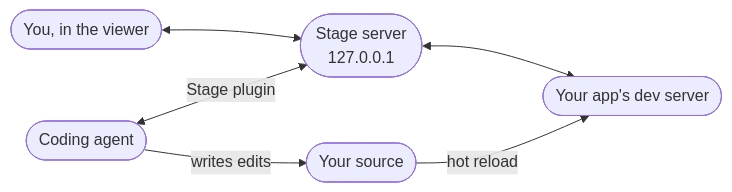
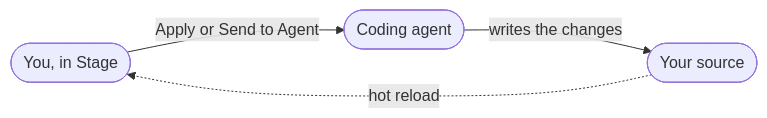
Before and after one commit to playcanvas/developer-site: the diagram in docs/user-manual/stage/index.md, drawn with Mermaid.

Commit message:
docs: simplify the Stage overview diagram

````diff
--- a/docs/user-manual/stage/index.md
+++ b/docs/user-manual/stage/index.md
@@ -68,8 +68,6 @@
 ```mermaid
 flowchart LR
-    you([You, in the viewer]) <--> stage([Stage server<br/>127.0.0.1])
-    agent([Coding agent]) <-->|Stage plugin| stage
-    stage <--> dev([Your app's dev server])
-    agent -->|writes edits| source([Your source])
-    source -->|hot reload| dev
+    you([You, in Stage]) -->|Apply or Send to Agent| agent([Coding agent])
+    agent -->|writes the changes| source([Your source])
+    source -.->|hot reload| you
 ```
````
